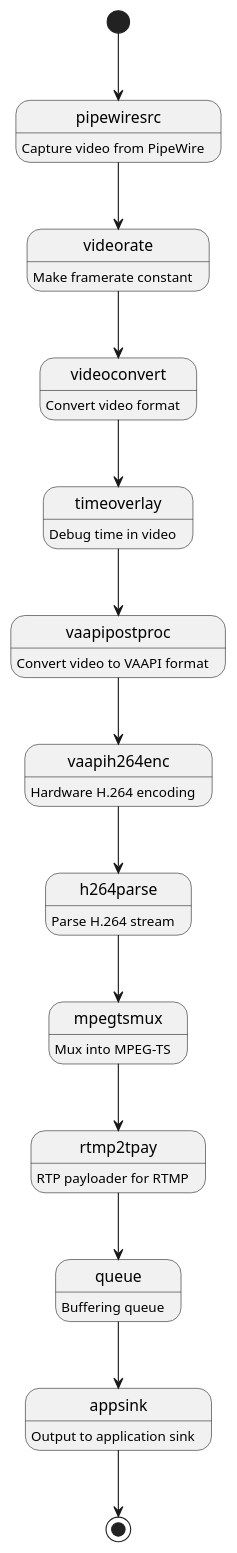
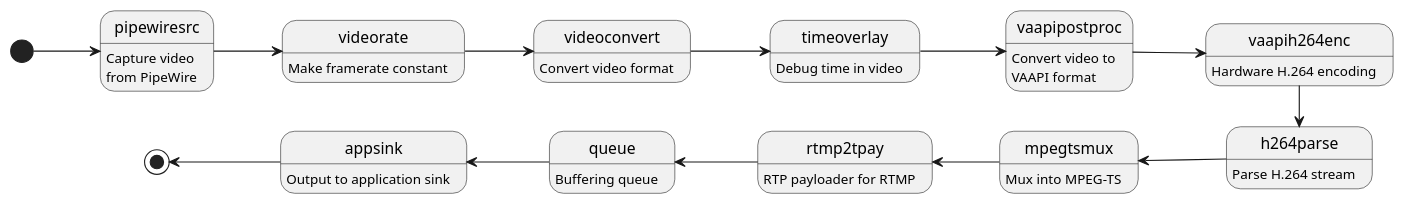
The diagram in recorder-pipeline.puml (Luxuride/distributed-video-streaming-platform-thesis), drawn with PlantUML before and after one commit. The commit also changed 23 other files, not shown here.

```diff
--- a/recorder-pipeline.puml
+++ b/recorder-pipeline.puml
@@ -1,25 +1,26 @@
 @startuml
+left to right direction
 [*] --> pipewiresrc
-pipewiresrc: Capture video from PipeWire
+pipewiresrc: Capture video\nfrom PipeWire
 pipewiresrc --> videorate
 videorate: Make framerate constant
 videorate --> videoconvert
 videoconvert: Convert video format
 videoconvert --> timeoverlay
 timeoverlay: Debug time in video
 timeoverlay --> vaapipostproc
-vaapipostproc: Convert video to VAAPI format
+vaapipostproc: Convert video to\nVAAPI format
 vaapipostproc --> vaapih264enc
 vaapih264enc: Hardware H.264 encoding
-vaapih264enc --> h264parse
+vaapih264enc -right-> h264parse
 h264parse: Parse H.264 stream
-h264parse --> mpegtsmux
+h264parse -up-> mpegtsmux
 mpegtsmux: Mux into MPEG-TS
-mpegtsmux --> rtmp2tpay
+mpegtsmux -up-> rtmp2tpay
 rtmp2tpay: RTP payloader for RTMP
-rtmp2tpay --> queue
+rtmp2tpay -up-> queue
 queue: Buffering queue
-queue --> appsink
+queue -up-> appsink
 appsink: Output to application sink
-appsink --> [*]
+appsink -up-> [*]
 @enduml
```
